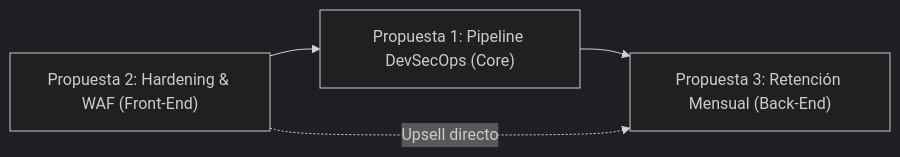
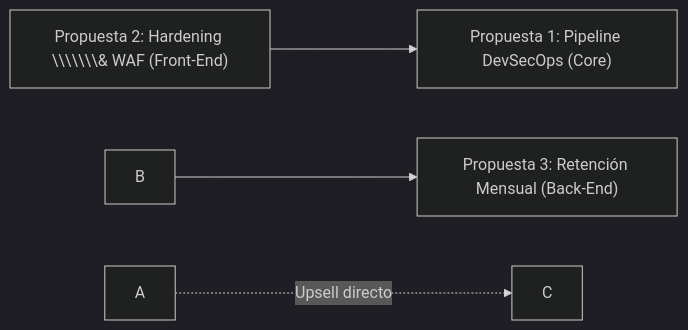
The diagram in plan_estrategico_devops_websec.md (jeffersonreyes-stack/reyes-computing), drawn with Mermaid (dark theme) before and after one commit. The commit also changed other lines of this file and 31 other files, not shown here.

````diff
--- a/plan_estrategico_devops_websec.md
+++ b/plan_estrategico_devops_websec.md
@@ -49,6 +56,6 @@
 ```mermaid
 flowchart LR
-    A["Propuesta 2: Hardening & WAF (Front-End)"] --> B["Propuesta 1: Pipeline DevSecOps (Core)"]
-    B --> C["Propuesta 3: Retención Mensual (Back-End)"]
+    A\\\\\\\["Propuesta 2: Hardening \\\\\\\& WAF (Front-End)"] --> B\\\\\\\["Propuesta 1: Pipeline DevSecOps (Core)"]
+    B --> C\\\\\\\["Propuesta 3: Retención Mensual (Back-End)"]
     A -.->|Upsell directo| C
 ```
````
